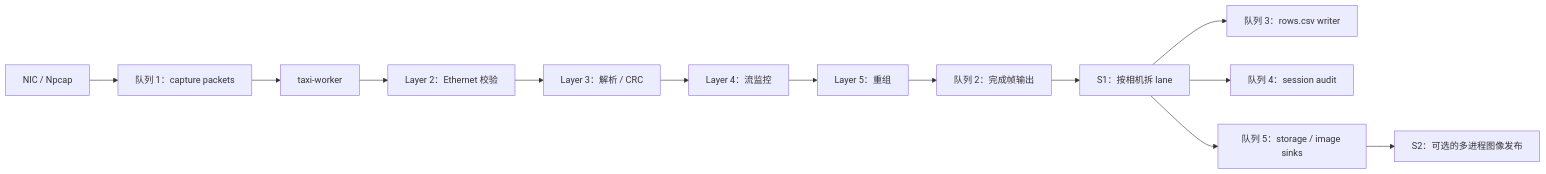
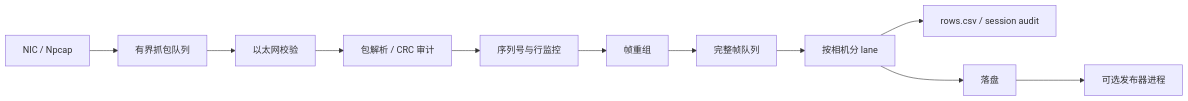
The diagram in README.zh-CN.md (YuweiZhang-002/Host_Camera_Packet_Receiver), drawn with Mermaid before and after one commit. The commit also changed other lines of this file and 31 other files, not shown here.

````diff
--- a/README.zh-CN.md
+++ b/README.zh-CN.md
@@ -11,15 +11,13 @@
 ```mermaid
 flowchart LR
-    NIC[NIC / Npcap] --> Q1[队列 1：capture packets]
-    Q1 --> W[taxi-worker]
-    W --> L2[Layer 2：Ethernet 校验]
-    L2 --> L3[Layer 3：解析 / CRC]
-    L3 --> L4[Layer 4：流监控]
-    L4 --> L5[Layer 5：重组]
-    L5 --> Q2[队列 2：完成帧输出]
-    Q2 --> S1[S1：按相机拆 lane]
-    S1 --> Q3[队列 3：rows.csv writer]
-    S1 --> Q4[队列 4：session audit]
-    S1 --> Q5[队列 5：storage / image sinks]
-    Q5 --> S2[S2：可选的多进程图像发布]
+    NIC[NIC / Npcap] --> Q1[有界抓包队列]
+    Q1 --> L2[以太网校验]
+    L2 --> L3[包解析 / CRC 审计]
+    L3 --> L4[序列号与行监控]
+    L4 --> L5[帧重组]
+    L5 --> Q2[完整帧队列]
+    Q2 --> LANES[按相机分 lane]
+    LANES --> CSV[rows.csv / session audit]
+    LANES --> STORE[落盘]
+    STORE --> PROC[可选发布器进程]
 ```
````
